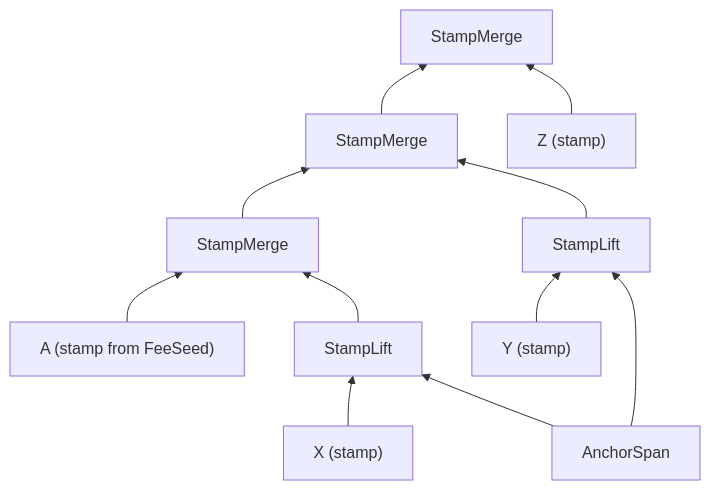
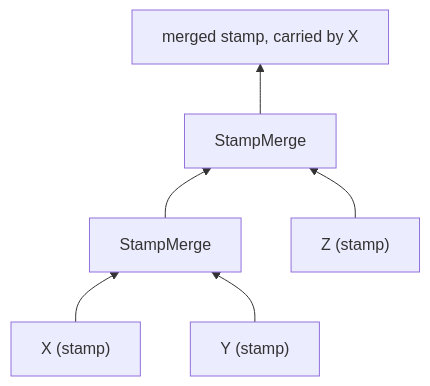
The second of 4 diagrams in docs/pcd-intro.md (hhanh00/ragu-tachyon), drawn with Mermaid before and after one commit. The commit also changed other lines of this file and 19 other files, not shown here.

````diff
--- a/docs/pcd-intro.md
+++ b/docs/pcd-intro.md
@@ -352,13 +347,8 @@
 ```mermaid
 graph BT
-    X["X (stamp)"] --> LX["StampLift"]
-    S["AnchorSpan"] --> LX
-    Y["Y (stamp)"] --> LY["StampLift"]
-    S --> LY
-    A["A (stamp from FeeSeed)"] --> M1["StampMerge"]
-    LX --> M1
+    X["X (stamp)"] --> M1["StampMerge"]
+    Y["Y (stamp)"] --> M1
     M1 --> M2["StampMerge"]
-    LY --> M2
-    M2 --> M3["StampMerge"]
-    Z["Z (stamp)"] --> M3
+    Z["Z (stamp)"] --> M2
+    M2 --> F["merged stamp, carried by X"]
 ```
````
